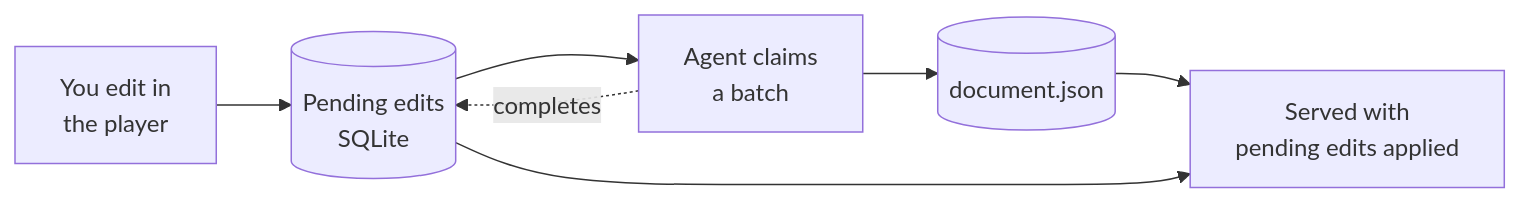
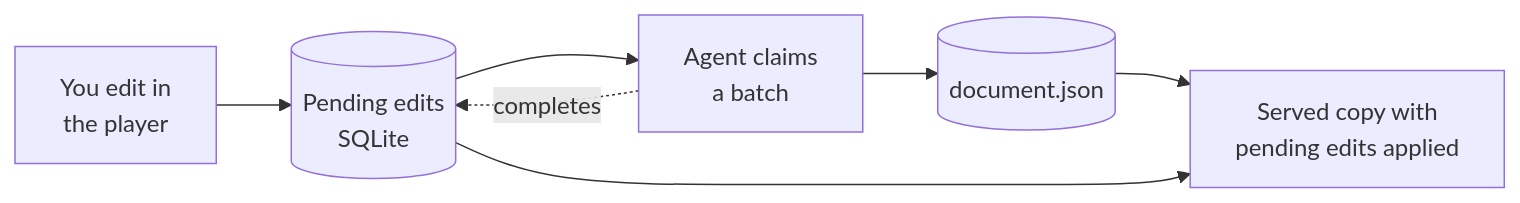
Before and after one commit to parkie213/petites-roues: the second of 2 diagrams in README.md, drawn with Mermaid. The commit also changed other lines of this file and 36 other files, not shown here.

First line of the commit message:
Store a served copy of each document so reads need no replay

````diff
--- a/README.md
+++ b/README.md
@@ -164,9 +164,9 @@
 ```mermaid
 flowchart LR
   you["You edit in<br/>the player"] --> queue[("Pending edits<br/>SQLite")]
   queue --> agent["Agent claims<br/>a batch"]
   agent --> doc[("document.json")]
   agent -. completes .-> queue
-  doc --> serve["Served with<br/>pending edits applied"]
+  doc --> serve["Served copy with<br/>pending edits applied"]
   queue --> serve
 ```
````
